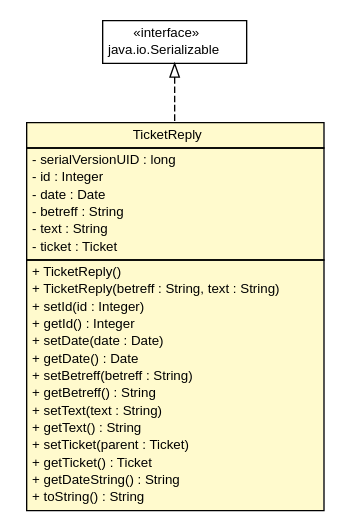
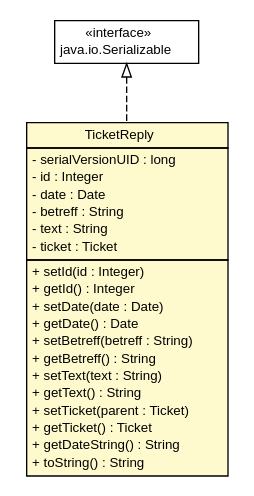
The diagram in doc/de/articmodding/TroubleTicket/TicketReply.dot (Dr4K4n/TroubleTicketManagement), drawn with Graphviz before and after one commit. The commit also changed 58 other files, not shown here.

```diff
--- a/doc/de/articmodding/TroubleTicket/TicketReply.dot
+++ b/doc/de/articmodding/TroubleTicket/TicketReply.dot
@@ -1,51 +1,49 @@
 #!/usr/local/bin/dot
 #
 # Class diagram 
 # Generated by UMLGraph version 5.4 (http://www.umlgraph.org/)
 #
 
 digraph G {
 	edge [fontname="Helvetica",fontsize=10,labelfontname="Helvetica",labelfontsize=10];
 	node [fontname="Helvetica",fontsize=10,shape=plaintext];
 	nodesep=0.25;
 	ranksep=0.5;
 	// de.articmodding.TroubleTicket.TicketReply
 	c83 [label=<<table title="de.articmodding.TroubleTicket.TicketReply" border="0" cellborder="1" cellspacing="0" cellpadding="2" port="p" bgcolor="lemonChiffon" href="./TicketReply.html">
 		<tr><td><table border="0" cellspacing="0" cellpadding="1">
 <tr><td align="center" balign="center"> TicketReply </td></tr>
 		</table></td></tr>
 		<tr><td><table border="0" cellspacing="0" cellpadding="1">
 <tr><td align="left" balign="left"> - serialVersionUID : long </td></tr>
 <tr><td align="left" balign="left"> - id : Integer </td></tr>
 <tr><td align="left" balign="left"> - date : Date </td></tr>
 <tr><td align="left" balign="left"> - betreff : String </td></tr>
 <tr><td align="left" balign="left"> - text : String </td></tr>
 <tr><td align="left" balign="left"> - ticket : Ticket </td></tr>
 		</table></td></tr>
 		<tr><td><table border="0" cellspacing="0" cellpadding="1">
-<tr><td align="left" balign="left"> + TicketReply() </td></tr>
-<tr><td align="left" balign="left"> + TicketReply(betreff : String, text : String) </td></tr>
 <tr><td align="left" balign="left"> + setId(id : Integer) </td></tr>
 <tr><td align="left" balign="left"> + getId() : Integer </td></tr>
 <tr><td align="left" balign="left"> + setDate(date : Date) </td></tr>
 <tr><td align="left" balign="left"> + getDate() : Date </td></tr>
 <tr><td align="left" balign="left"> + setBetreff(betreff : String) </td></tr>
 <tr><td align="left" balign="left"> + getBetreff() : String </td></tr>
 <tr><td align="left" balign="left"> + setText(text : String) </td></tr>
 <tr><td align="left" balign="left"> + getText() : String </td></tr>
 <tr><td align="left" balign="left"> + setTicket(parent : Ticket) </td></tr>
 <tr><td align="left" balign="left"> + getTicket() : Ticket </td></tr>
 <tr><td align="left" balign="left"> + getDateString() : String </td></tr>
 <tr><td align="left" balign="left"> + toString() : String </td></tr>
 		</table></td></tr>
 		</table>>, URL="./TicketReply.html", fontname="Helvetica", fontcolor="black", fontsize=10.0];
 	//de.articmodding.TroubleTicket.TicketReply implements java.io.Serializable
 	c91:p -> c83:p [dir=back,arrowtail=empty,style=dashed];
 	// java.io.Serializable
 	c91 [label=<<table title="java.io.Serializable" border="0" cellborder="1" cellspacing="0" cellpadding="2" port="p" href="http://java.sun.com/j2se/1.4.2/docs/api/java/io/Serializable.html">
 		<tr><td><table border="0" cellspacing="0" cellpadding="1">
 <tr><td align="center" balign="center"> &#171;interface&#187; </td></tr>
 <tr><td align="center" balign="center"> java.io.Serializable </td></tr>
 		</table></td></tr>
 		</table>>, URL="http://java.sun.com/j2se/1.4.2/docs/api/java/io/Serializable.html", fontname="Helvetica", fontcolor="black", fontsize=10.0];
 }
```
